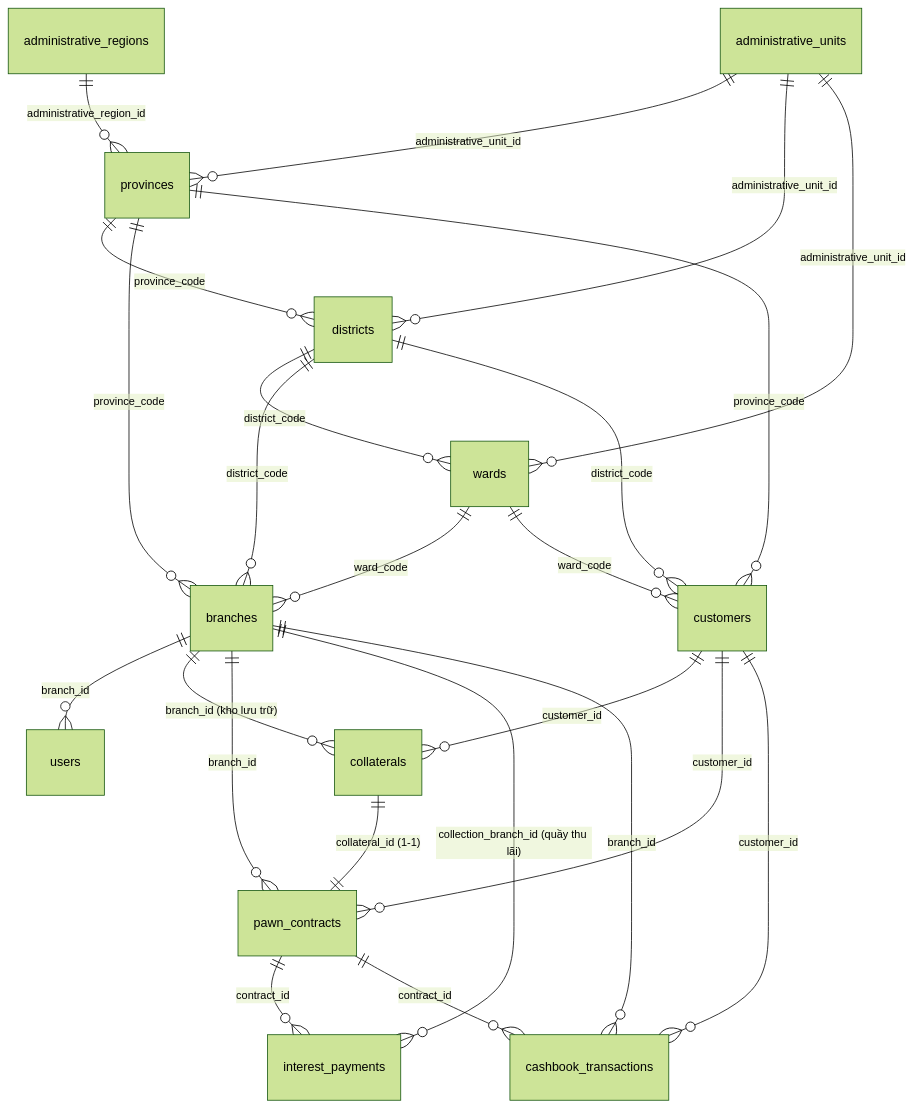
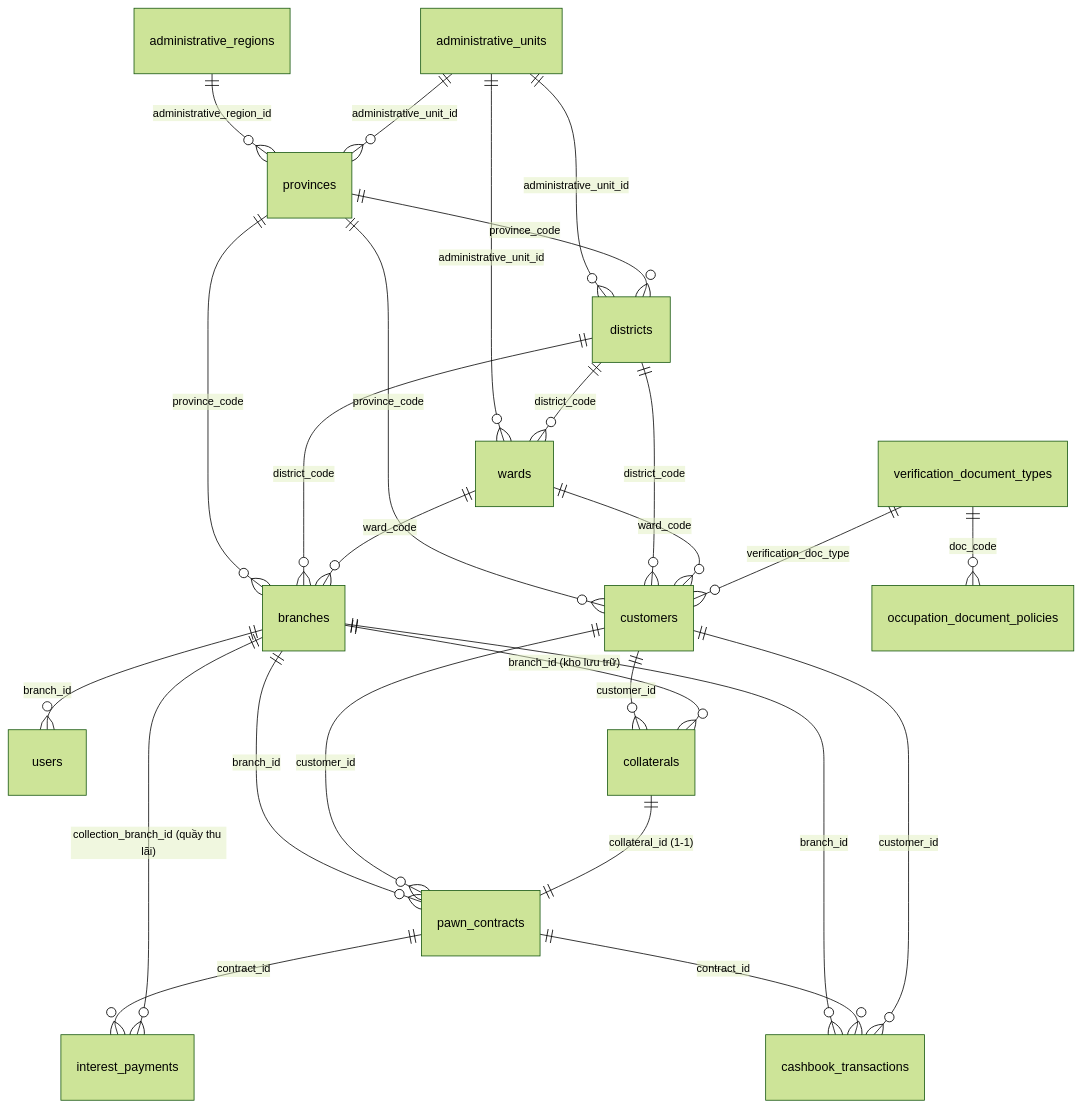
Before and after one commit to locgacui/PawnMaster: the diagram in docs/DATABASE_SPECIFICATION.md, drawn with Mermaid (forest theme). The commit also changed other lines of this file and 31 other files, not shown here.

First line of the commit message:
feat(customer,db,ui): move occupation verification document matrix to database

````diff
--- a/docs/DATABASE_SPECIFICATION.md
+++ b/docs/DATABASE_SPECIFICATION.md
@@ -38,31 +41,33 @@
 ```mermaid
 erDiagram
     administrative_regions ||--o{ provinces : "administrative_region_id"
     administrative_units ||--o{ provinces : "administrative_unit_id"
     administrative_units ||--o{ districts : "administrative_unit_id"
     administrative_units ||--o{ wards : "administrative_unit_id"
     provinces ||--o{ districts : "province_code"
     districts ||--o{ wards : "district_code"
 
     provinces ||--o{ branches : "province_code"
     districts ||--o{ branches : "district_code"
     wards ||--o{ branches : "ward_code"
 
     branches ||--o{ users : "branch_id"
     provinces ||--o{ customers : "province_code"
     districts ||--o{ customers : "district_code"
     wards ||--o{ customers : "ward_code"
+    verification_document_types ||--o{ customers : "verification_doc_type"
+    verification_document_types ||--o{ occupation_document_policies : "doc_code"
 
     customers ||--o{ collaterals : "customer_id"
     branches ||--o{ collaterals : "branch_id (kho lưu trữ)"
 
     branches ||--o{ pawn_contracts : "branch_id"
     customers ||--o{ pawn_contracts : "customer_id"
     collaterals ||--|| pawn_contracts : "collateral_id (1-1)"
 
     pawn_contracts ||--o{ interest_payments : "contract_id"
     branches ||--o{ interest_payments : "collection_branch_id (quầy thu lãi)"
     branches ||--o{ cashbook_transactions : "branch_id"
     pawn_contracts ||--o{ cashbook_transactions : "contract_id"
     customers ||--o{ cashbook_transactions : "customer_id"
 ```
````
